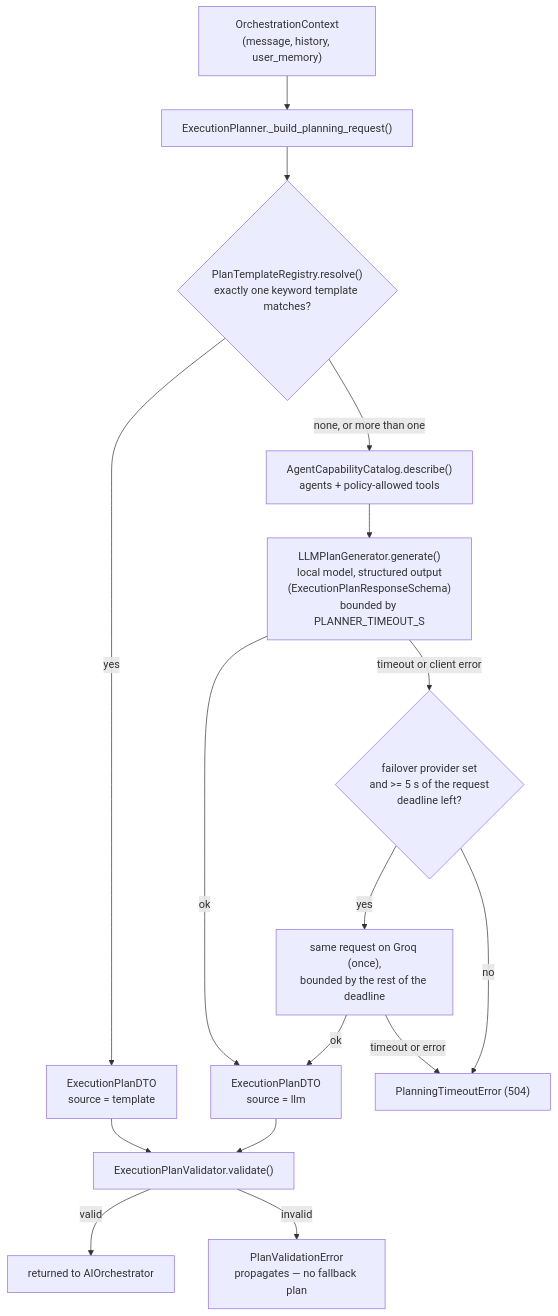
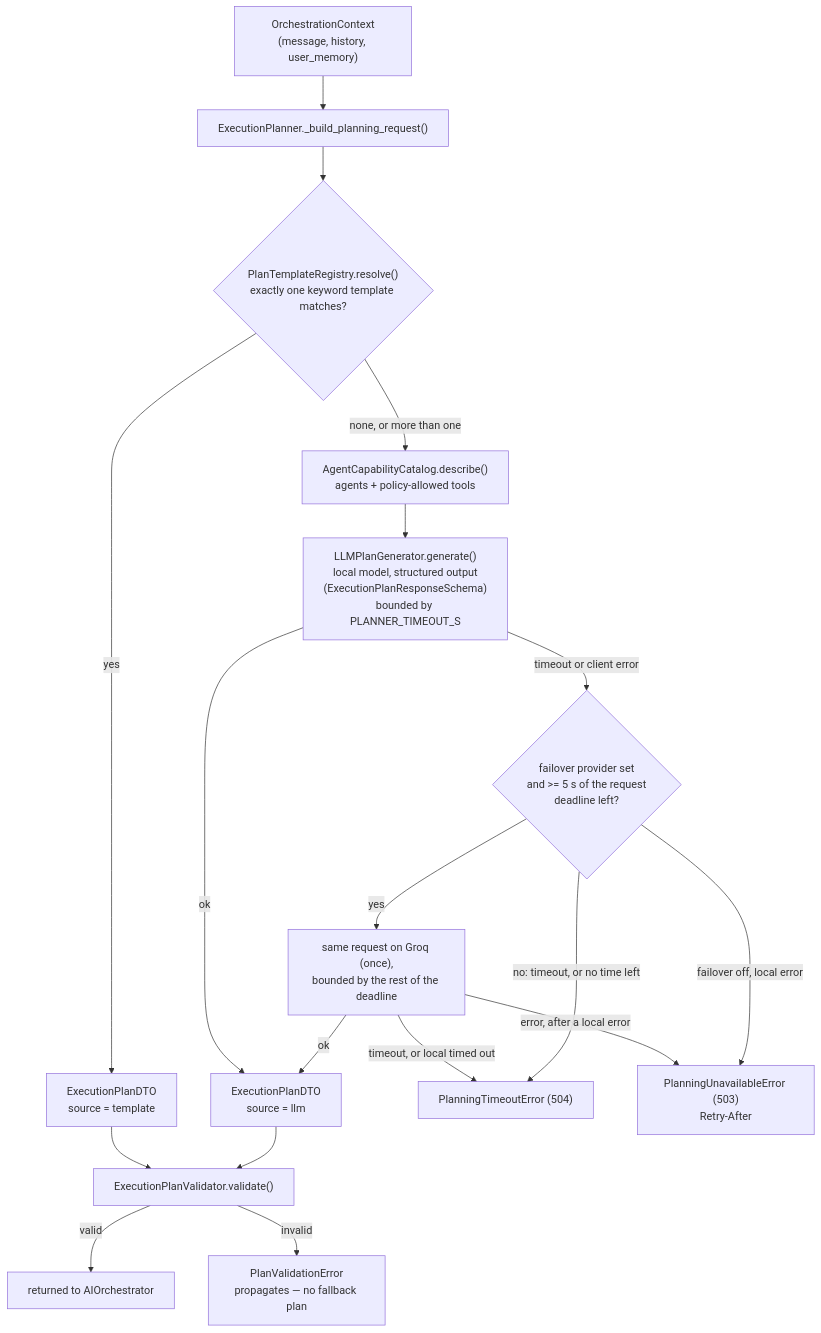
One commit to bharatkse/juris-ai changed the diagram in server/src/agentic/planning/README.md. Above: the diagram before and after it, drawn with Mermaid. The commit also changed other lines of this file and 43 other files, not shown here.

````diff
--- a/server/src/agentic/planning/README.md
+++ b/server/src/agentic/planning/README.md
@@ -26,18 +26,20 @@
 ```mermaid
 flowchart TD
     CTX["OrchestrationContext<br/>(message, history, user_memory)"] --> REQ["ExecutionPlanner._build_planning_request()"]
     REQ --> TPL{"PlanTemplateRegistry.resolve()<br/>exactly one keyword template matches?"}
     TPL -->|yes| PLAN["ExecutionPlanDTO<br/>source = template"]
     TPL -->|none, or more than one| CAP["AgentCapabilityCatalog.describe()<br/>agents + policy-allowed tools"]
     CAP --> LLM["LLMPlanGenerator.generate()<br/>local model, structured output<br/>(ExecutionPlanResponseSchema)<br/>bounded by PLANNER_TIMEOUT_S"]
     LLM -->|ok| PLAN2["ExecutionPlanDTO<br/>source = llm"]
     LLM -->|timeout or client error| FAILOVER{"failover provider set<br/>and >= 5 s of the request<br/>deadline left?"}
     FAILOVER -->|yes| GROQ["same request on Groq (once),<br/>bounded by the rest of the deadline"]
     GROQ -->|ok| PLAN2
-    GROQ -->|timeout or error| TO["PlanningTimeoutError (504)"]
-    FAILOVER -->|no| TO
+    GROQ -->|timeout, or local timed out| TO["PlanningTimeoutError (504)"]
+    GROQ -->|error, after a local error| UNAV["PlanningUnavailableError (503)<br/>Retry-After"]
+    FAILOVER -->|"no: timeout, or no time left"| TO
+    FAILOVER -->|"failover off, local error"| UNAV
     PLAN --> VAL["ExecutionPlanValidator.validate()"]
     PLAN2 --> VAL
     VAL -->|valid| OUT["returned to AIOrchestrator"]
     VAL -->|invalid| ERR["PlanValidationError<br/>propagates — no fallback plan"]
 ```
````
